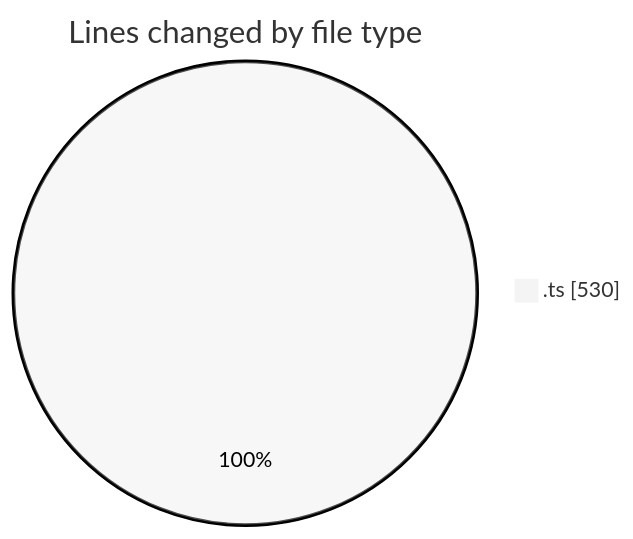
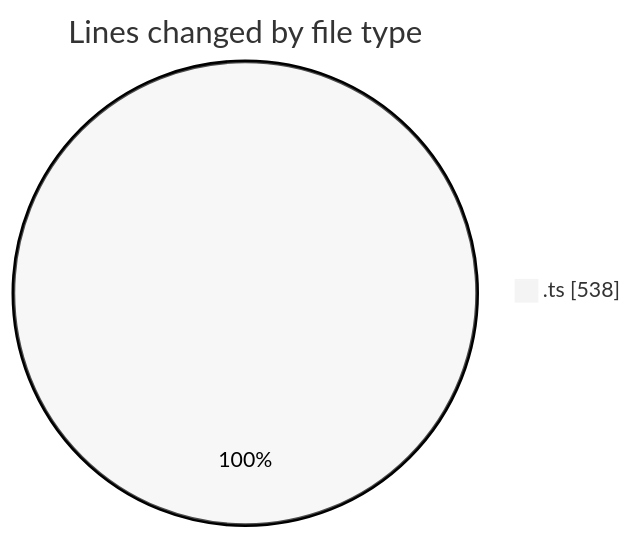
Before and after one commit to momahboobian/code-tracking: the first of 2 diagrams in 2025-08-01/cda/README.md, drawn with Mermaid (neutral theme). The commit also changed other lines of this file and 1 other file, not shown here.

````diff
--- a/2025-08-01/cda/README.md
+++ b/2025-08-01/cda/README.md
@@ -20,5 +20,5 @@
 ```mermaid
 pie showData
 title Lines changed by file type
-".ts" : 530
+".ts" : 538
 ```
````
